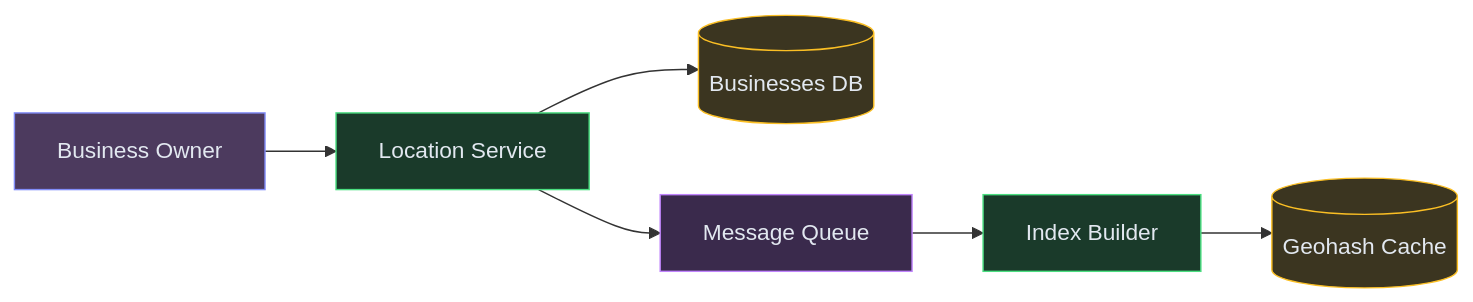
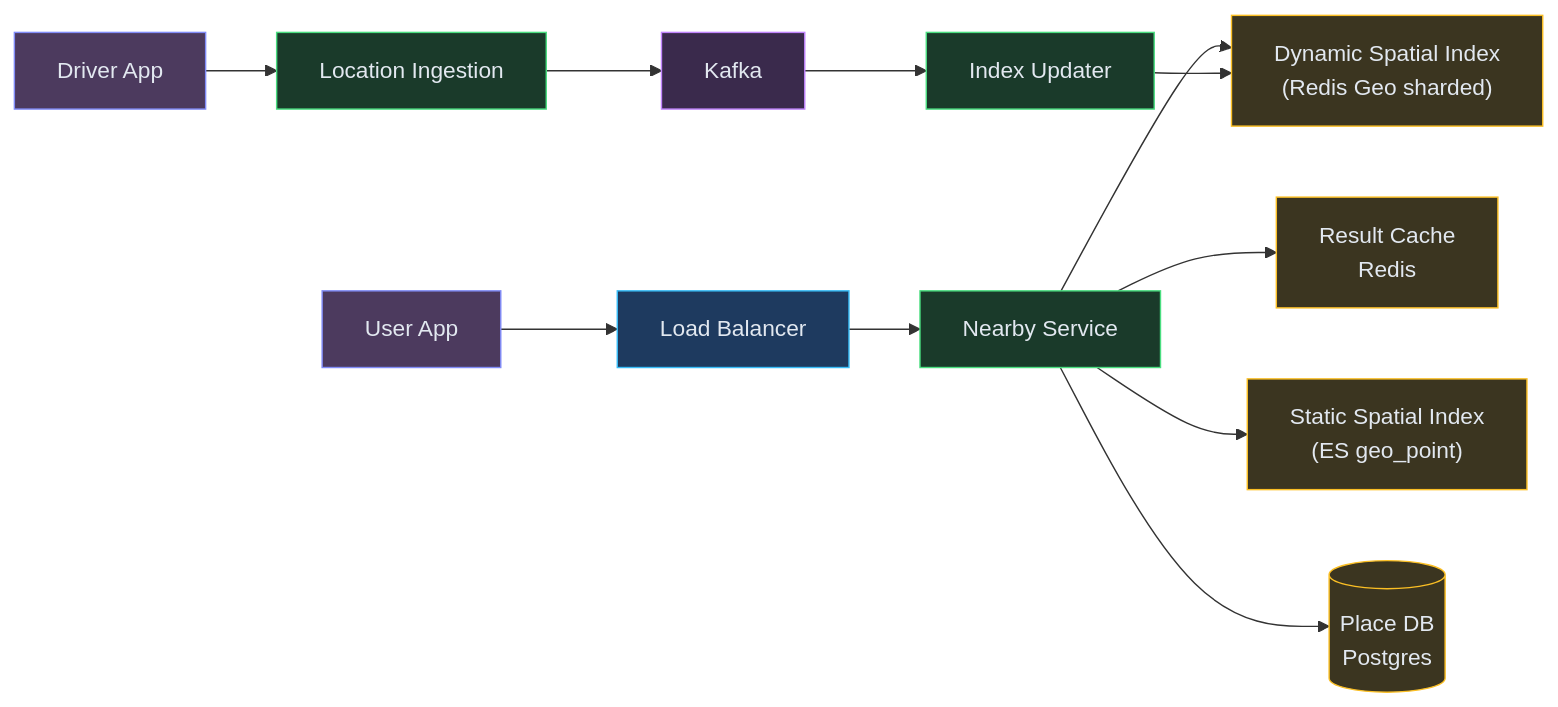
The sixth of 6 diagrams in content/hld/NearbyService.md (iluzn/HLD-Designs), drawn with Mermaid before and after one commit. The commit also changed other lines of this file and 26 other files, not shown here.

````diff
--- a/content/hld/NearbyService.md
+++ b/content/hld/NearbyService.md
@@ -154,20 +343,31 @@
 ```mermaid
 flowchart LR
-    OWNER["Business Owner"]:::client
-    API["Location Service"]:::service
-    DB[("Businesses DB")]:::data
-    MQ["Message Queue"]:::async
-    IDX["Index Builder"]:::service
-    CACHE[("Geohash Cache")]:::data
+    USER["User App"]:::client
+    DRIVER["Driver App"]:::client
+    LB["Load Balancer"]:::edge
+    NEARBY["Nearby Service"]:::service
+    LOCAPI["Location Ingestion"]:::service
+    KAFKA["Kafka"]:::async
+    UPDATER["Index Updater"]:::service
+    STATIC["Static Spatial Index<br/>(ES geo_point)"]:::data
+    DYNAMIC["Dynamic Spatial Index<br/>(Redis Geo sharded)"]:::data
+    PLACEDB[("Place DB<br/>Postgres")]:::data
+    CACHE["Result Cache<br/>Redis"]:::data
 
-    OWNER --> API
-    API --> DB
-    API --> MQ
-    MQ --> IDX
-    IDX --> CACHE
+    USER --> LB
+    LB --> NEARBY
+    NEARBY --> CACHE
+    NEARBY --> STATIC
+    NEARBY --> DYNAMIC
+    NEARBY --> PLACEDB
+    DRIVER --> LOCAPI
+    LOCAPI --> KAFKA
+    KAFKA --> UPDATER
+    UPDATER --> DYNAMIC
 
     classDef client fill:#4c3a5e,stroke:#818cf8,color:#e2e8f0
+    classDef edge fill:#1e3a5f,stroke:#38bdf8,color:#e2e8f0
     classDef service fill:#1a3a2a,stroke:#4ade80,color:#e2e8f0
     classDef data fill:#3b3520,stroke:#fbbf24,color:#e2e8f0
     classDef async fill:#3a2a4c,stroke:#c084fc,color:#e2e8f0
 ```
````
